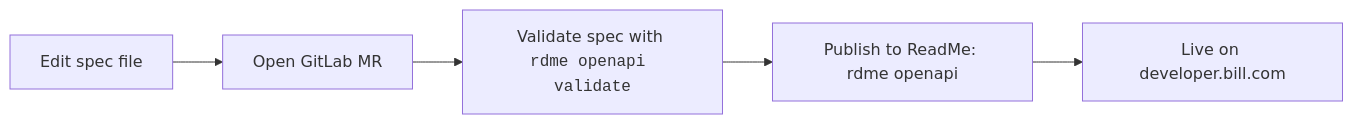
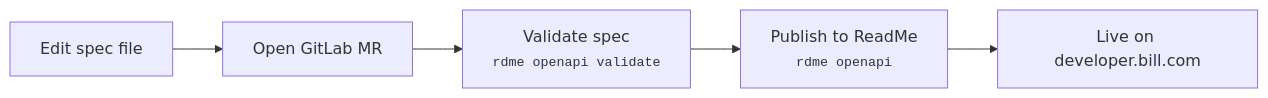
One commit to 127chetan/127chetan.github.io changed the diagram in src/content/docs/case-studies/bill/openapi-spec.mdx. Above: the diagram before and after it, drawn with Mermaid.

Commit message:
Use small+code tags for Mermaid node command labels

````diff
--- a/src/content/docs/case-studies/bill/openapi-spec.mdx
+++ b/src/content/docs/case-studies/bill/openapi-spec.mdx
@@ -67,7 +67,7 @@
 ```mermaid
 flowchart LR
     A[Edit spec file] --> B[Open GitLab MR]
-    B --> C[Validate spec with <br><code>rdme openapi validate</code>]
-    C --> D[Publish to ReadMe: rdme openapi]
+    B --> C["Validate spec<br><small><code>rdme openapi validate</code></small>"]
+    C --> D["Publish to ReadMe<br><small><code>rdme openapi</code></small>"]
     D --> E[Live on developer.bill.com]
 ```
````
